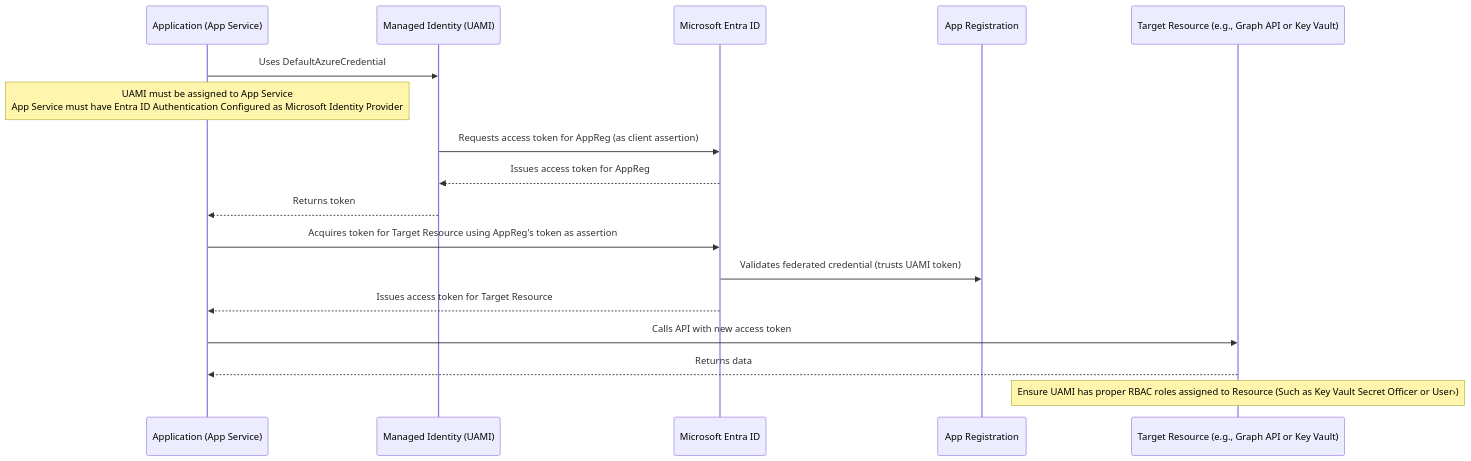
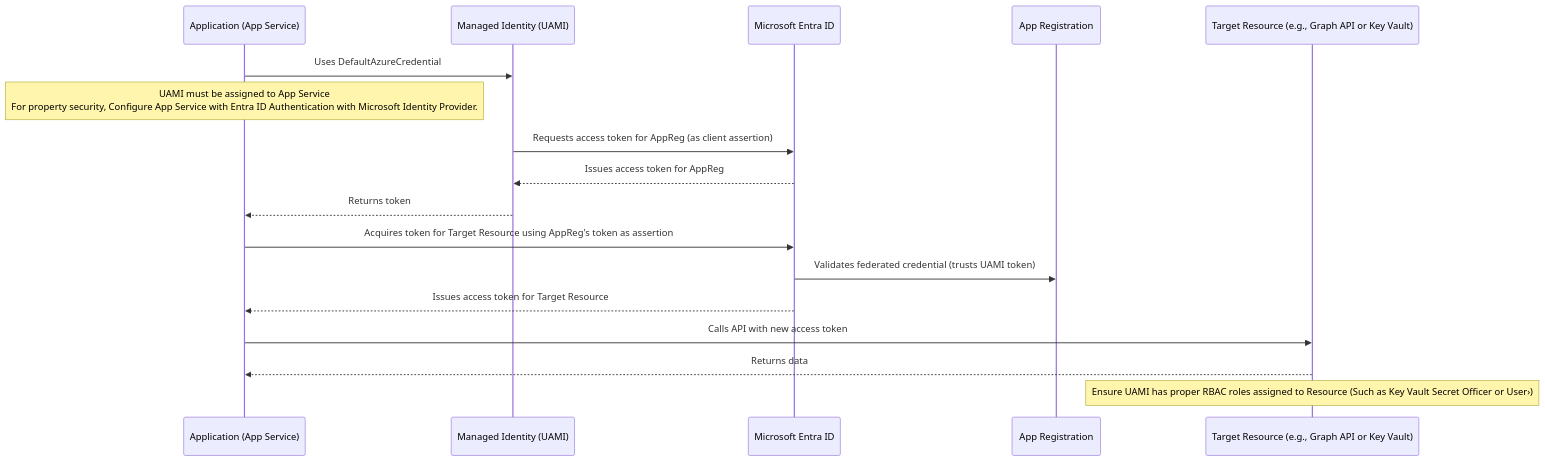
Before and after one commit to apurvgh/apurvgh.github.io: the diagram in programming/general/_posts/2025-09-14-ms-fic-password-auth.md, drawn with Mermaid. The commit also changed other lines of this file and 2 other files, not shown here.

Commit message:
Added blog on  FIC - edits 1

````diff
--- a/programming/general/_posts/2025-09-14-ms-fic-password-auth.md
+++ b/programming/general/_posts/2025-09-14-ms-fic-password-auth.md
@@ -76,24 +76,24 @@
 ```mermaid
     sequenceDiagram
     participant AppService as Application (App Service)
     participant UAMI as Managed Identity (UAMI)
     participant AAD as Microsoft Entra ID
     participant AppReg as App Registration
     participant Resource as Target Resource (e.g., Graph API or Key Vault)
 
     AppService->>UAMI: Uses DefaultAzureCredential
 
-    Note over AppService: UAMI must be assigned to App Service <br> App Service must have Entra ID Authentication Configured as Microsoft Identity Provider
+    Note over AppService: UAMI must be assigned to App Service <br> For property security, Configure App Service with Entra ID Authentication with Microsoft Identity Provider.
 
     UAMI->>AAD: Requests access token for AppReg (as client assertion)
     AAD-->>UAMI: Issues access token for AppReg
     UAMI-->>AppService: Returns token
     AppService->>AAD: Acquires token for Target Resource using AppReg's token as assertion
     AAD->>AppReg: Validates federated credential (trusts UAMI token)
     AAD-->>AppService: Issues access token for Target Resource
     AppService->>Resource: Calls API with new access token
     Resource-->>AppService: Returns data
 
     Note over Resource: Ensure UAMI has proper RBAC roles assigned to Resource (Such as Key Vault Secret Officer or User›)
 
 ```
````
